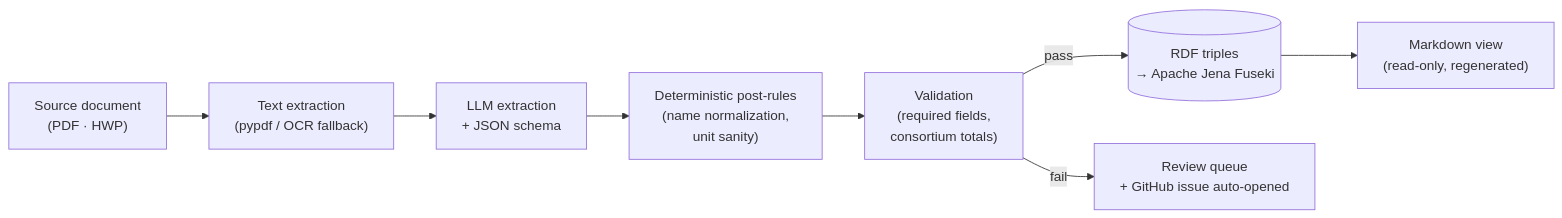
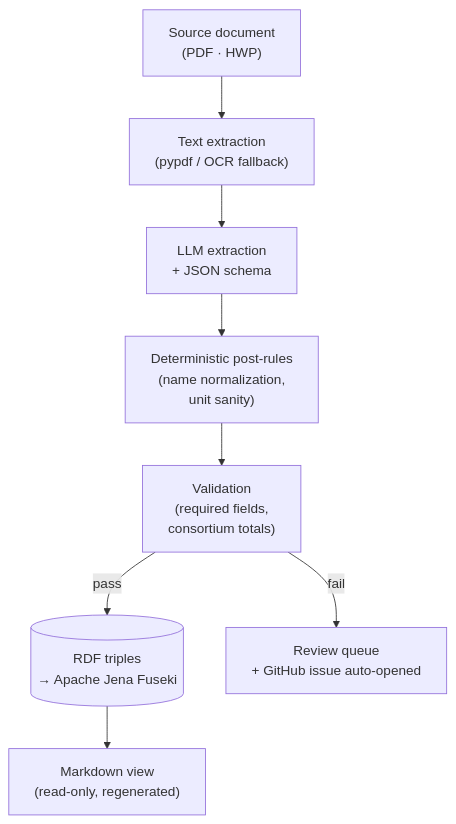
One commit to seungwooketi/seungwooketi.github.io changed the first of 2 diagrams in _posts/2026-05-29-from-markdown-to-knowledge-graph.md. Above: the diagram before and after it, drawn with Mermaid. The commit also changed other lines of this file and 3 other files, not shown here.

First line of the commit message:
design: lighten light bg further; make post diagrams vertical

````diff
--- a/_posts/2026-05-29-from-markdown-to-knowledge-graph.md
+++ b/_posts/2026-05-29-from-markdown-to-knowledge-graph.md
@@ -146,10 +146,10 @@
 ```mermaid
-flowchart LR
+flowchart TD
     A["Source document<br/>(PDF · HWP)"] --> B["Text extraction<br/>(pypdf / OCR fallback)"]
     B --> C["LLM extraction<br/>+ JSON schema"]
     C --> D["Deterministic post-rules<br/>(name normalization,<br/>unit sanity)"]
     D --> E["Validation<br/>(required fields,<br/>consortium totals)"]
     E -- pass --> F[("RDF triples<br/>→ Apache Jena Fuseki")]
     E -- fail --> G["Review queue<br/>+ GitHub issue auto-opened"]
     F --> H["Markdown view<br/>(read-only, regenerated)"]
 ```
````
